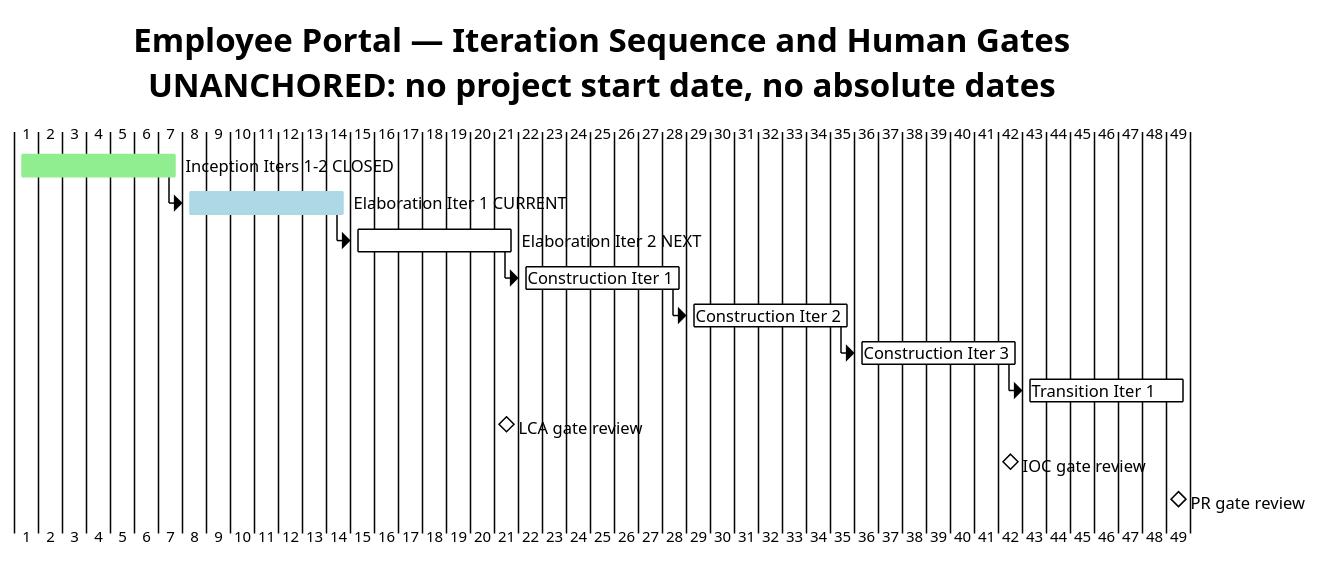
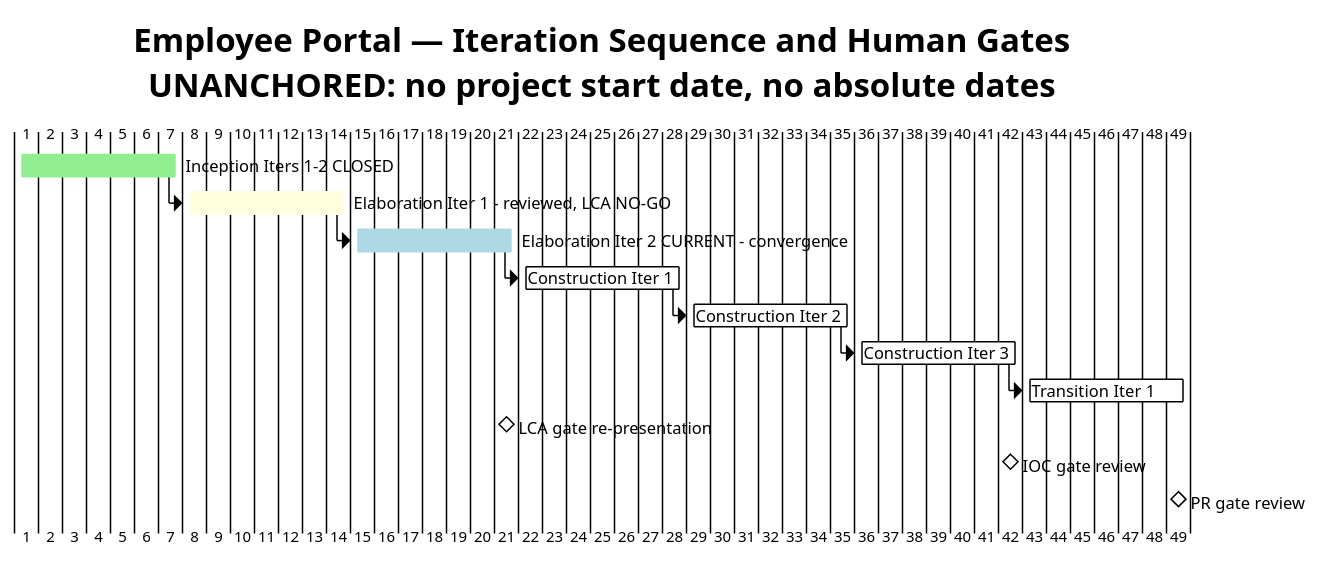
One commit to banense-test/employee-portal changed the first of 2 diagrams in docs/artifacts/project-management/iteration-plan.md. Above: the diagram before and after it, drawn with PlantUML. The commit also changed other lines of this file, not shown here.

````diff
--- a/docs/artifacts/project-management/iteration-plan.md
+++ b/docs/artifacts/project-management/iteration-plan.md
@@ -44,32 +46,33 @@
 ```plantuml
 @startgantt
 !theme plain
 title Employee Portal — Iteration Sequence and Human Gates\nUNANCHORED: no project start date, no absolute dates
 
 [Inception Iters 1-2 CLOSED] lasts 7 days
 [Inception Iters 1-2 CLOSED] is colored in lightgreen
 
-[Elaboration Iter 1 CURRENT] lasts 7 days
-[Elaboration Iter 1 CURRENT] starts at [Inception Iters 1-2 CLOSED]'s end
-[Elaboration Iter 1 CURRENT] is colored in lightblue
+[Elaboration Iter 1 - reviewed, LCA NO-GO] lasts 7 days
+[Elaboration Iter 1 - reviewed, LCA NO-GO] starts at [Inception Iters 1-2 CLOSED]'s end
+[Elaboration Iter 1 - reviewed, LCA NO-GO] is colored in lightyellow
 
-[Elaboration Iter 2 NEXT] lasts 7 days
-[Elaboration Iter 2 NEXT] starts at [Elaboration Iter 1 CURRENT]'s end
+[Elaboration Iter 2 CURRENT - convergence] lasts 7 days
+[Elaboration Iter 2 CURRENT - convergence] starts at [Elaboration Iter 1 - reviewed, LCA NO-GO]'s end
+[Elaboration Iter 2 CURRENT - convergence] is colored in lightblue
 
 [Construction Iter 1] lasts 7 days
-[Construction Iter 1] starts at [Elaboration Iter 2 NEXT]'s end
+[Construction Iter 1] starts at [Elaboration Iter 2 CURRENT - convergence]'s end
 
 [Construction Iter 2] lasts 7 days
 [Construction Iter 2] starts at [Construction Iter 1]'s end
 
 [Construction Iter 3] lasts 7 days
 [Construction Iter 3] starts at [Construction Iter 2]'s end
 
 [Transition Iter 1] lasts 7 days
 [Transition Iter 1] starts at [Construction Iter 3]'s end
 
-[LCA gate review] happens at [Elaboration Iter 2 NEXT]'s end
+[LCA gate re-presentation] happens at [Elaboration Iter 2 CURRENT - convergence]'s end
 [IOC gate review] happens at [Construction Iter 3]'s end
 [PR gate review] happens at [Transition Iter 1]'s end
 @endgantt
 ```
````
